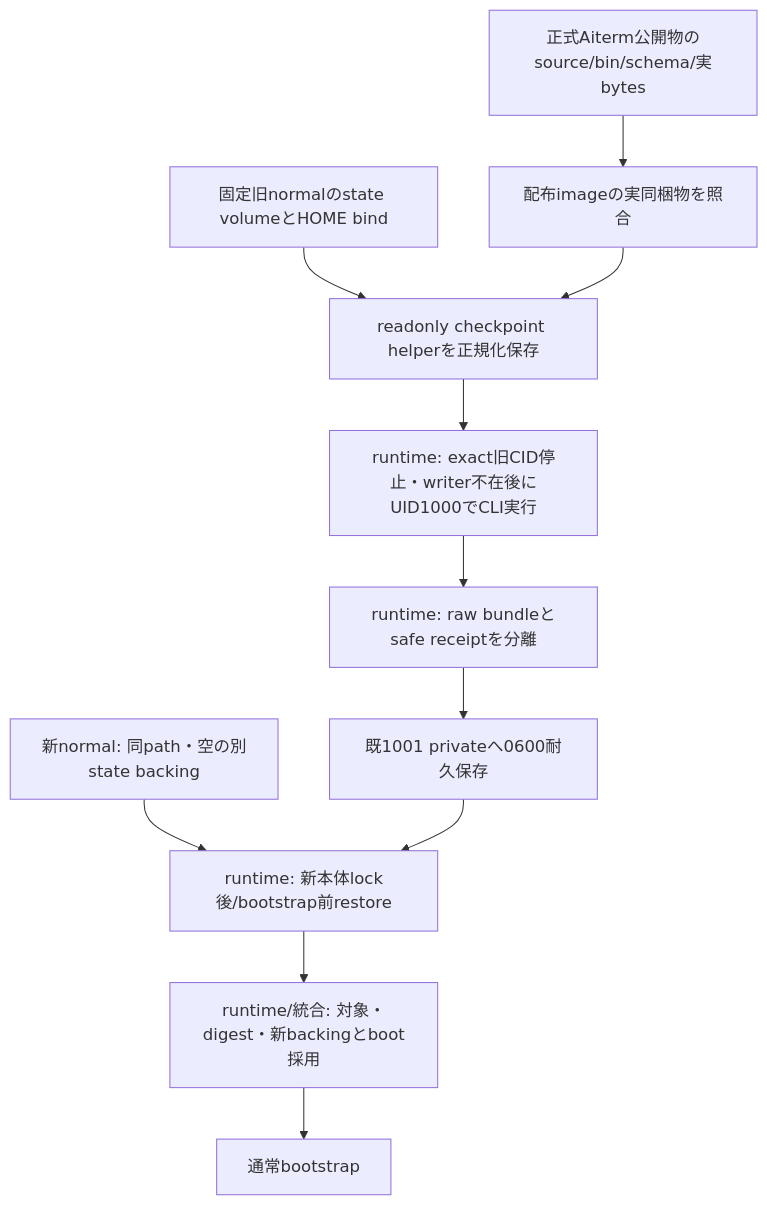
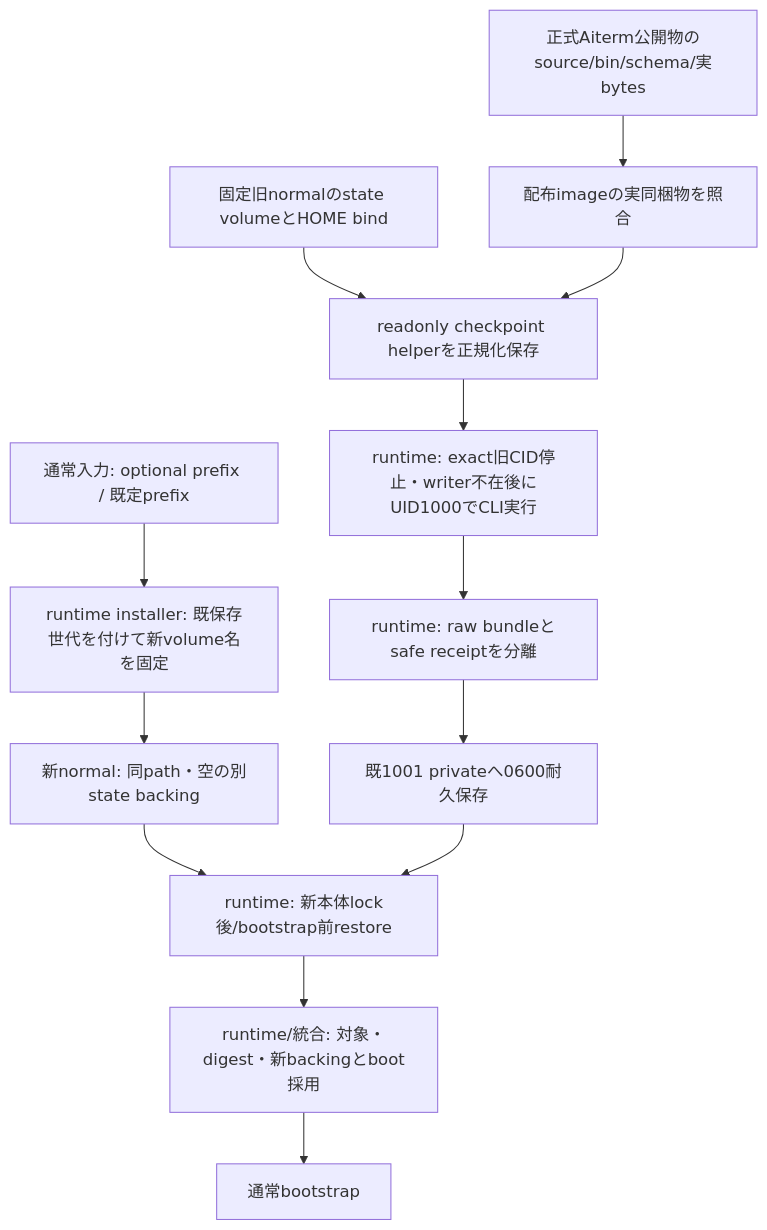
The diagram in docs/architecture/modules/distribution/h1-offline.md (kitepon/BellTeam), drawn with Mermaid before and after one commit. The commit also changed other lines of this file, not shown here.

Commit message:
Clarify installer volume prefix and frozen recovery names

````diff
--- a/docs/architecture/modules/distribution/h1-offline.md
+++ b/docs/architecture/modules/distribution/h1-offline.md
@@ -5,13 +5,15 @@
 ```mermaid
 flowchart TD
   Product[正式Aiterm公開物のsource/bin/schema/実bytes] --> Image[配布imageの実同梱物を照合]
   Old[固定旧normalのstate volumeとHOME bind] --> Model[readonly checkpoint helperを正規化保存]
   Image --> Model
   Model --> Offline[runtime: exact旧CID停止・writer不在後にUID1000でCLI実行]
   Offline --> Pipe[runtime: raw bundleとsafe receiptを分離]
   Pipe --> Private[既1001 privateへ0600耐久保存]
-  New[新normal: 同path・空の別state backing] --> Restore[runtime: 新本体lock後/bootstrap前restore]
+  Prefix[通常入力: optional prefix / 既定prefix] --> Select[runtime installer: 既保存世代を付けて新volume名を固定]
+  Select --> New[新normal: 同path・空の別state backing]
+  New --> Restore[runtime: 新本体lock後/bootstrap前restore]
   Private --> Restore
   Restore --> Adopt[runtime/統合: 対象・digest・新backingとboot採用]
   Adopt --> Start[通常bootstrap]
 ```
````
